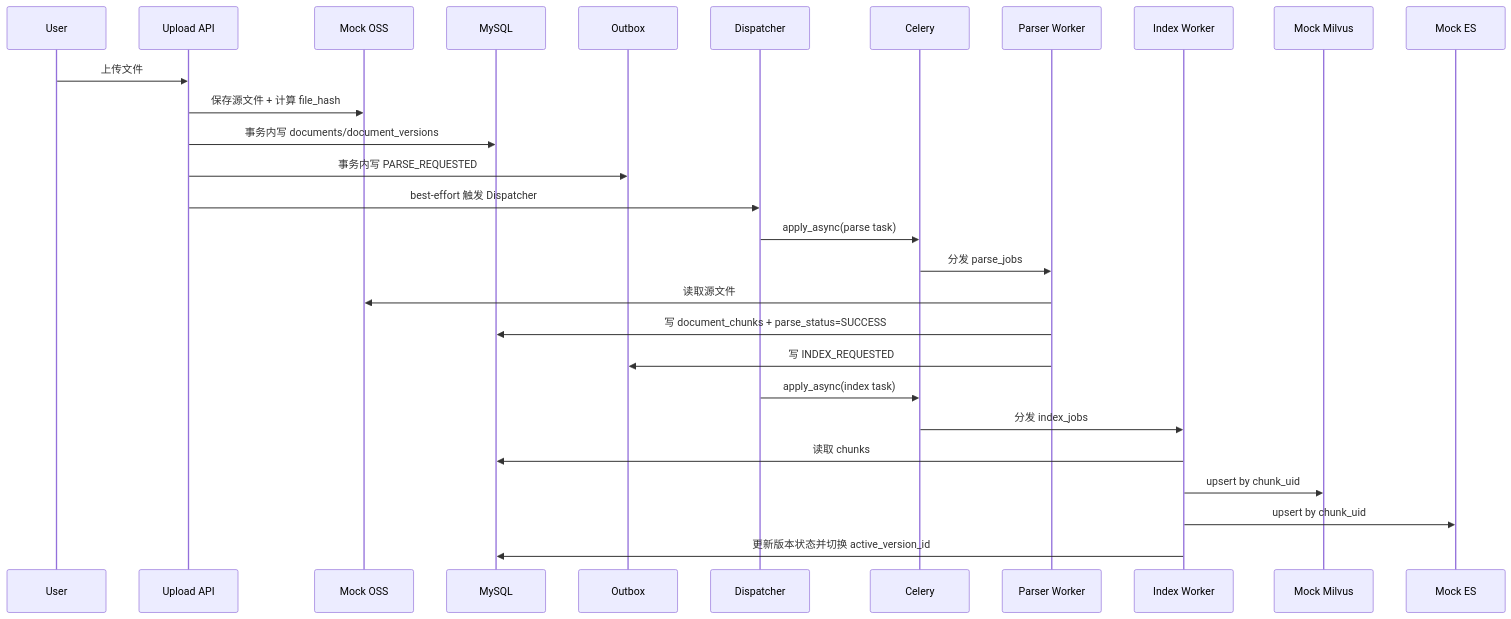
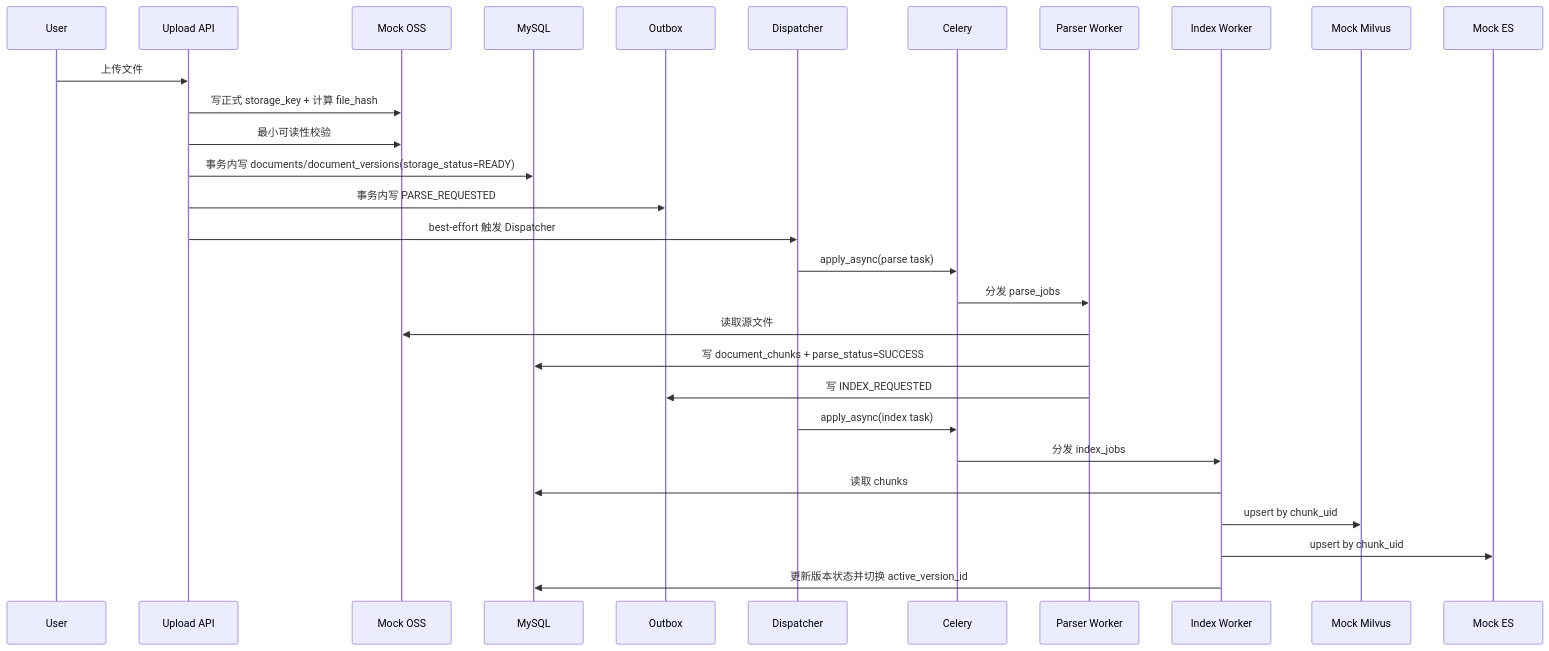
One commit to kkk935208447/learning_common_lib changed the first of 4 diagrams in src/learning_common_lib/案例/实现AgenticRAG数据库管理/架构设计规划（缩减版）.md. Above: the diagram before and after it, drawn with Mermaid. The commit also changed other lines of this file and 2 other files, not shown here.

````diff
--- a/src/learning_common_lib/案例/实现AgenticRAG数据库管理/架构设计规划（缩减版）.md
+++ b/src/learning_common_lib/案例/实现AgenticRAG数据库管理/架构设计规划（缩减版）.md
@@ -359,31 +375,32 @@
 ```mermaid
 sequenceDiagram
     participant U as User
     participant A as Upload API
     participant O as Mock OSS
     participant M as MySQL
     participant X as Outbox
     participant D as Dispatcher
     participant C as Celery
     participant P as Parser Worker
     participant I as Index Worker
     participant V as Mock Milvus
     participant E as Mock ES
 
     U->>A: 上传文件
-    A->>O: 保存源文件 + 计算 file_hash
-    A->>M: 事务内写 documents/document_versions
+    A->>O: 写正式 storage_key + 计算 file_hash
+    A->>O: 最小可读性校验
+    A->>M: 事务内写 documents/document_versions(storage_status=READY)
     A->>X: 事务内写 PARSE_REQUESTED
     A->>D: best-effort 触发 Dispatcher
     D->>C: apply_async(parse task)
     C->>P: 分发 parse_jobs
     P->>O: 读取源文件
     P->>M: 写 document_chunks + parse_status=SUCCESS
     P->>X: 写 INDEX_REQUESTED
     D->>C: apply_async(index task)
     C->>I: 分发 index_jobs
     I->>M: 读取 chunks
     I->>V: upsert by chunk_uid
     I->>E: upsert by chunk_uid
     I->>M: 更新版本状态并切换 active_version_id
 ```
````
